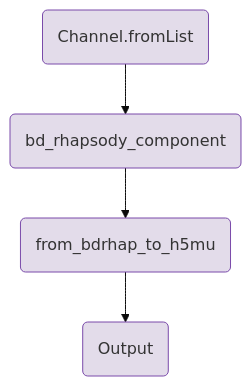
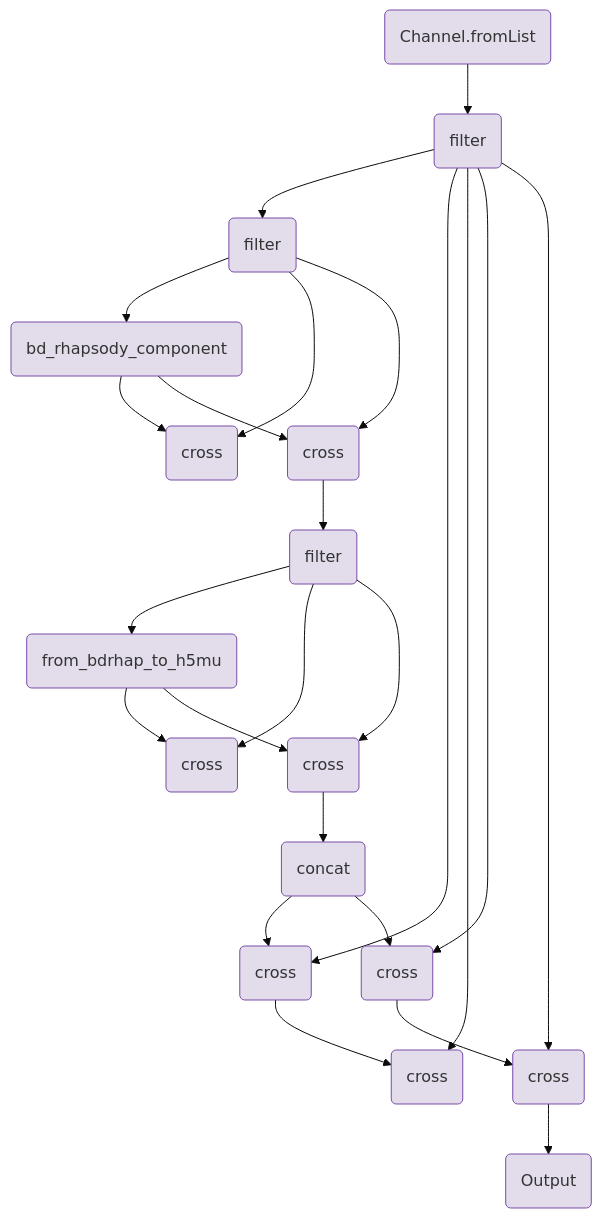
Before and after one commit to openpipelines-bio/website: the diagram in components/workflows/ingestion/bd_rhapsody.qmd, drawn with Mermaid (base theme). The commit also changed other lines of this file and 149 other files, not shown here.

````diff
--- a/components/workflows/ingestion/bd_rhapsody.qmd
+++ b/components/workflows/ingestion/bd_rhapsody.qmd
@@ -179,15 +264,59 @@
 ```{mermaid}
 flowchart TB
     v0(Channel.fromList)
+    v2(filter)
+    v9(filter)
     v17(bd_rhapsody_component)
-    v38(from_bdrhap_to_h5mu)
-    v65(Output)
-    v0-->v17
-    v17-->v38
-    v38-->v65
+    v24(cross)
+    v34(cross)
+    v40(filter)
+    v70(concat)
+    v48(from_bdrhap_to_h5mu)
+    v55(cross)
+    v65(cross)
+    v77(cross)
+    v84(cross)
+    v96(cross)
+    v103(cross)
+    v107(Output)
+    v0-->v2
+    v2-->v9
+    v9-->v17
+    v17-->v24
+    v9-->v24
+    v9-->v34
+    v40-->v48
+    v48-->v55
+    v40-->v55
+    v40-->v65
+    v65-->v70
+    v70-->v77
+    v2-->v77
+    v77-->v84
+    v2-->v84
+    v2-->v96
+    v96-->v103
+    v2-->v103
+    v103-->v107
+    v34-->v40
+    v17-->v34
+    v48-->v65
+    v70-->v96
     style v0 fill:#e3dcea,stroke:#7a4baa;
+    style v2 fill:#e3dcea,stroke:#7a4baa;
+    style v9 fill:#e3dcea,stroke:#7a4baa;
     style v17 fill:#e3dcea,stroke:#7a4baa;
-    style v38 fill:#e3dcea,stroke:#7a4baa;
+    style v24 fill:#e3dcea,stroke:#7a4baa;
+    style v34 fill:#e3dcea,stroke:#7a4baa;
+    style v40 fill:#e3dcea,stroke:#7a4baa;
+    style v70 fill:#e3dcea,stroke:#7a4baa;
+    style v48 fill:#e3dcea,stroke:#7a4baa;
+    style v55 fill:#e3dcea,stroke:#7a4baa;
     style v65 fill:#e3dcea,stroke:#7a4baa;
+    style v77 fill:#e3dcea,stroke:#7a4baa;
+    style v84 fill:#e3dcea,stroke:#7a4baa;
+    style v96 fill:#e3dcea,stroke:#7a4baa;
+    style v103 fill:#e3dcea,stroke:#7a4baa;
+    style v107 fill:#e3dcea,stroke:#7a4baa;
 
 ```
````
